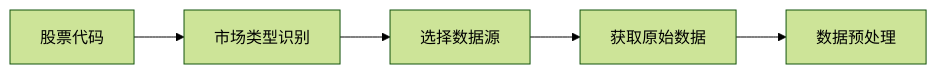
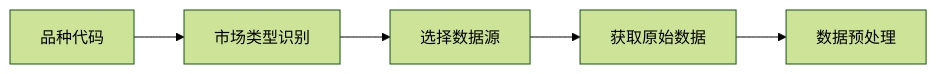
Before and after one commit to zhouxinhao19/TradingAgent-Future: the first of 3 diagrams in docs/agents/v0.1.13/analysts.md, drawn with Mermaid (forest theme). The commit also changed other lines of this file and 433 other files, not shown here.

````diff
--- a/docs/agents/v0.1.13/analysts.md
+++ b/docs/agents/v0.1.13/analysts.md
@@ -213,7 +213,7 @@
 ```mermaid
 graph LR
-    A[股票代码] --> B[市场类型识别]
+    A[品种代码] --> B[市场类型识别]
     B --> C[选择数据源]
     C --> D[获取原始数据]
     D --> E[数据预处理]
 ```
````
